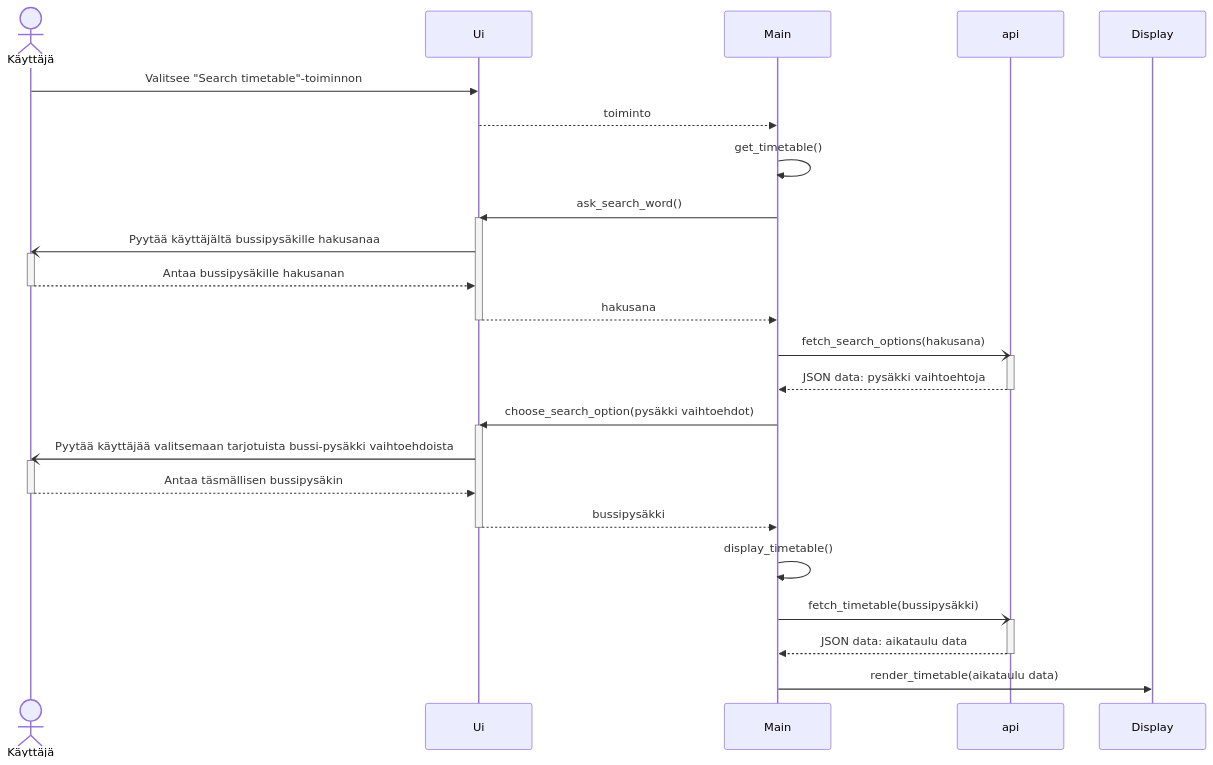
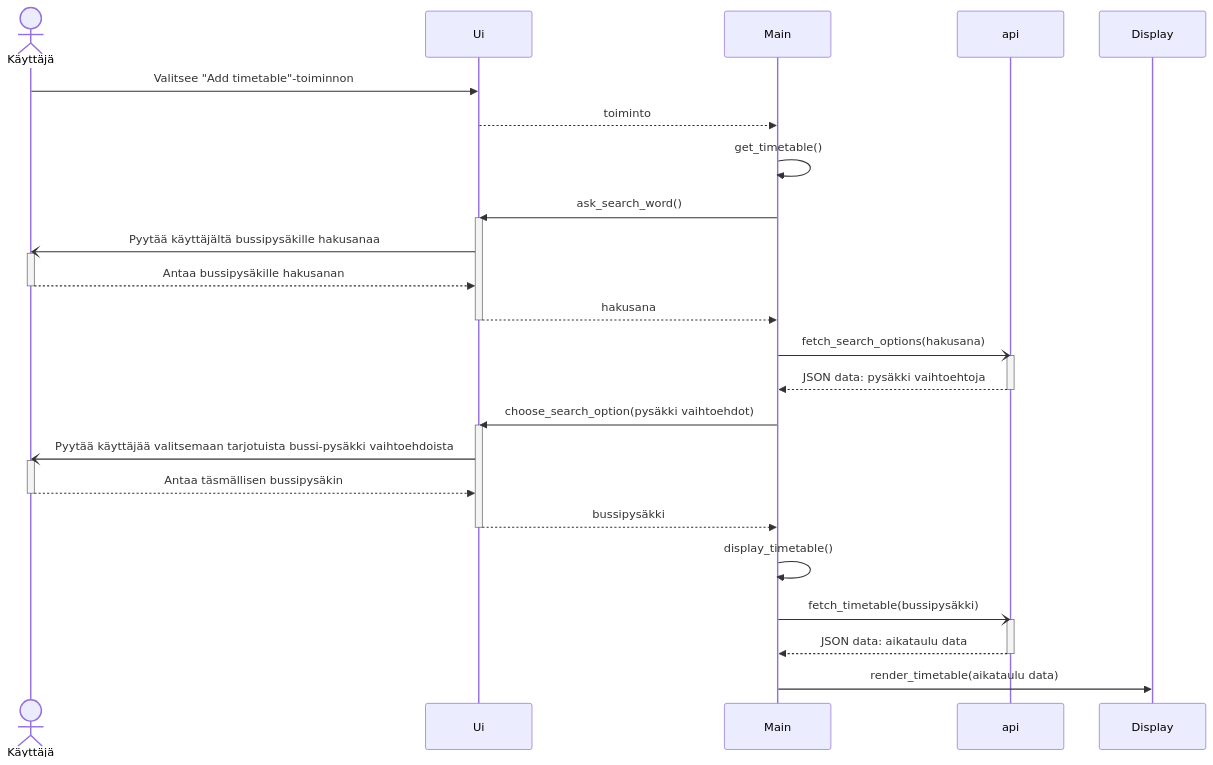
The fourth of 4 diagrams in bussitt-app/dokumentaatio/arkkitehtuuri.md (astranero/ot-harjoitustyo-1), drawn with Mermaid before and after one commit. The commit also changed other lines of this file and 6 other files, not shown here.

````diff
--- a/bussitt-app/dokumentaatio/arkkitehtuuri.md
+++ b/bussitt-app/dokumentaatio/arkkitehtuuri.md
@@ -72,39 +75,39 @@
 ```mermaid
 sequenceDiagram
     actor Käyttäjä
     participant Ui
     participant Main
     participant api
     participant Display
     
-    Käyttäjä->>Ui: Valitsee "Search timetable"-toiminnon
+    Käyttäjä->>Ui: Valitsee "Add timetable"-toiminnon
     Ui-->>Main: toiminto
     Main->>Main: get_timetable()
     Main->>Ui: ask_search_word()
     activate Ui
     Ui-)Käyttäjä: Pyytää käyttäjältä bussipysäkille hakusanaa
     activate Käyttäjä
     Käyttäjä-->>Ui: Antaa bussipysäkille hakusanan
     deactivate Käyttäjä
     Ui-->>Main: hakusana
     deactivate Ui
     Main-)api: fetch_search_options(hakusana)
     activate api
     api-->>Main: JSON data: pysäkki vaihtoehtoja
     deactivate api
     Main->>Ui: choose_search_option(pysäkki vaihtoehdot)
     activate Ui
     Ui-)Käyttäjä: Pyytää käyttäjää valitsemaan tarjotuista bussi-pysäkki vaihtoehdoista
     activate Käyttäjä
     Käyttäjä-->>Ui: Antaa täsmällisen bussipysäkin
     deactivate Käyttäjä
     Ui-->>Main: bussipysäkki
     deactivate Ui
     Main->>Main: display_timetable()
     Main-)api: fetch_timetable(bussipysäkki)
     activate api
     api-->>Main: JSON data: aikataulu data
     deactivate api
     Main->>Display: render_timetable(aikataulu data)
 
 ```
````
